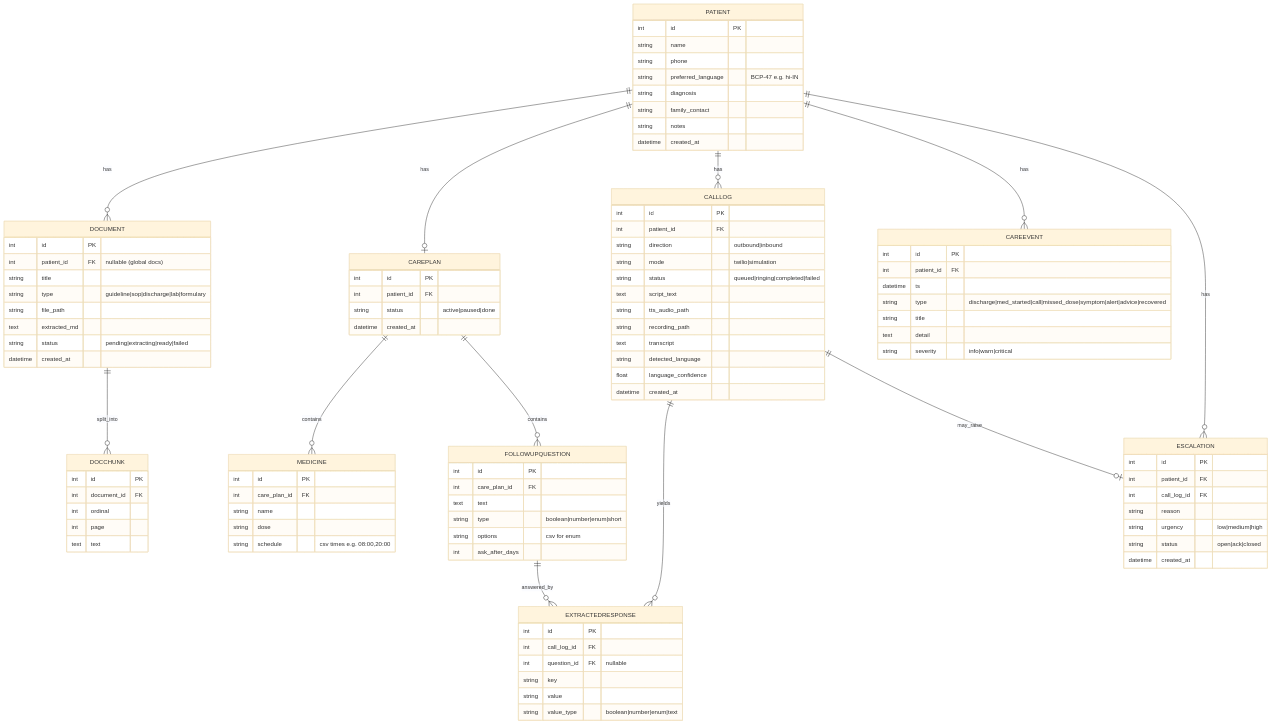
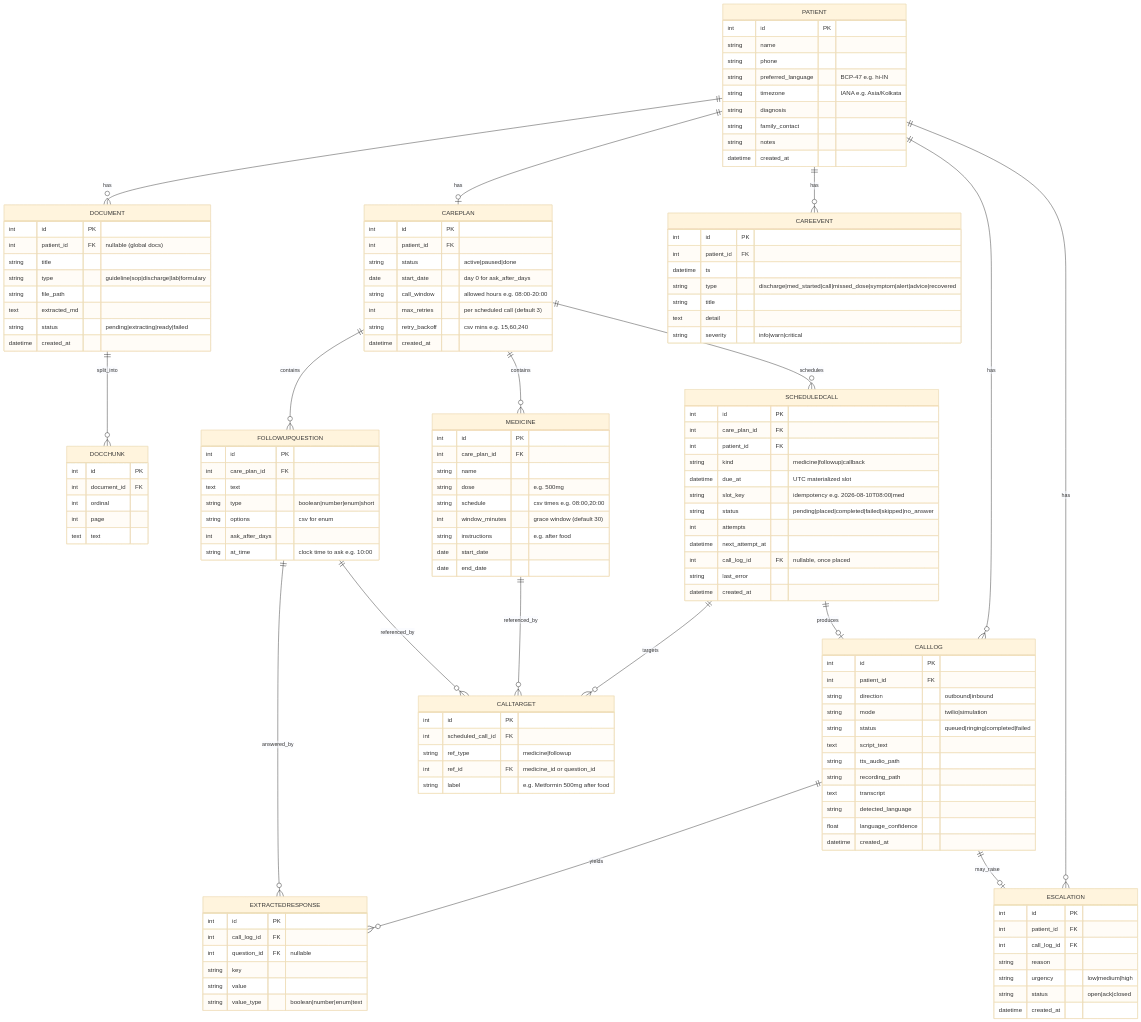
Before and after one commit to k9-007/healthcare-os: the ninth of 22 diagrams in plan.md, drawn with Mermaid (base theme). The commit also changed other lines of this file and 1 other file, not shown here.

First line of the commit message:
Add call scheduling engine (cron) section + schedule data model

```diff
--- a/plan.md
+++ b/plan.md
@@ -256,12 +256,18 @@
   CALLLOG ||--o{ EXTRACTEDRESPONSE : yields
   CALLLOG ||--o| ESCALATION : may_raise
   FOLLOWUPQUESTION ||--o{ EXTRACTEDRESPONSE : answered_by
+  CAREPLAN ||--o{ SCHEDULEDCALL : schedules
+  SCHEDULEDCALL ||--o{ CALLTARGET : targets
+  MEDICINE ||--o{ CALLTARGET : referenced_by
+  FOLLOWUPQUESTION ||--o{ CALLTARGET : referenced_by
+  SCHEDULEDCALL ||--o| CALLLOG : produces
 
   PATIENT {
     int id PK
     string name
     string phone
     string preferred_language "BCP-47 e.g. hi-IN"
+    string timezone "IANA e.g. Asia/Kolkata"
     string diagnosis
     string family_contact
     string notes
@@ -288,14 +294,22 @@
     int id PK
     int patient_id FK
     string status "active|paused|done"
+    date start_date "day 0 for ask_after_days"
+    string call_window "allowed hours e.g. 08:00-20:00"
+    int max_retries "per scheduled call (default 3)"
+    string retry_backoff "csv mins e.g. 15,60,240"
     datetime created_at
   }
   MEDICINE {
     int id PK
     int care_plan_id FK
     string name
-    string dose
+    string dose "e.g. 500mg"
     string schedule "csv times e.g. 08:00,20:00"
+    int window_minutes "grace window (default 30)"
+    string instructions "e.g. after food"
+    date start_date
+    date end_date
   }
   FOLLOWUPQUESTION {
     int id PK
@@ -304,6 +318,28 @@
     string type "boolean|number|enum|short"
     string options "csv for enum"
     int ask_after_days
+    string at_time "clock time to ask e.g. 10:00"
+  }
+  SCHEDULEDCALL {
+    int id PK
+    int care_plan_id FK
+    int patient_id FK
+    string kind "medicine|followup|callback"
+    datetime due_at "UTC materialized slot"
+    string slot_key "idempotency e.g. 2026-08-10T08:00|med"
+    string status "pending|placed|completed|failed|skipped|no_answer"
+    int attempts
+    datetime next_attempt_at
+    int call_log_id FK "nullable, once placed"
+    string last_error
+    datetime created_at
+  }
+  CALLTARGET {
+    int id PK
+    int scheduled_call_id FK
+    string ref_type "medicine|followup"
+    int ref_id FK "medicine_id or question_id"
+    string label "e.g. Metformin 500mg after food"
   }
   CALLLOG {
     int id PK
```
